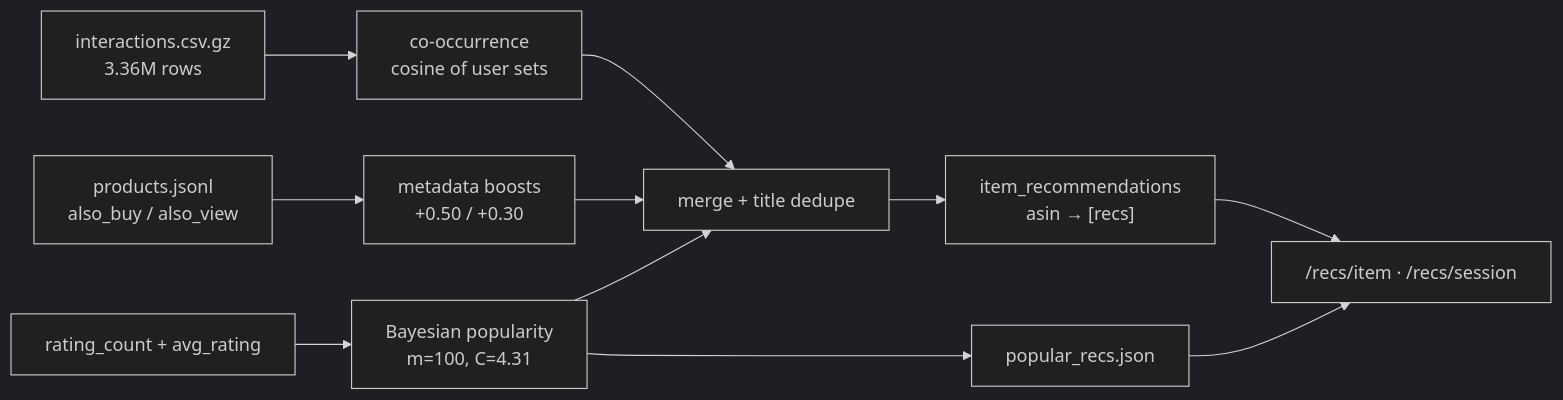
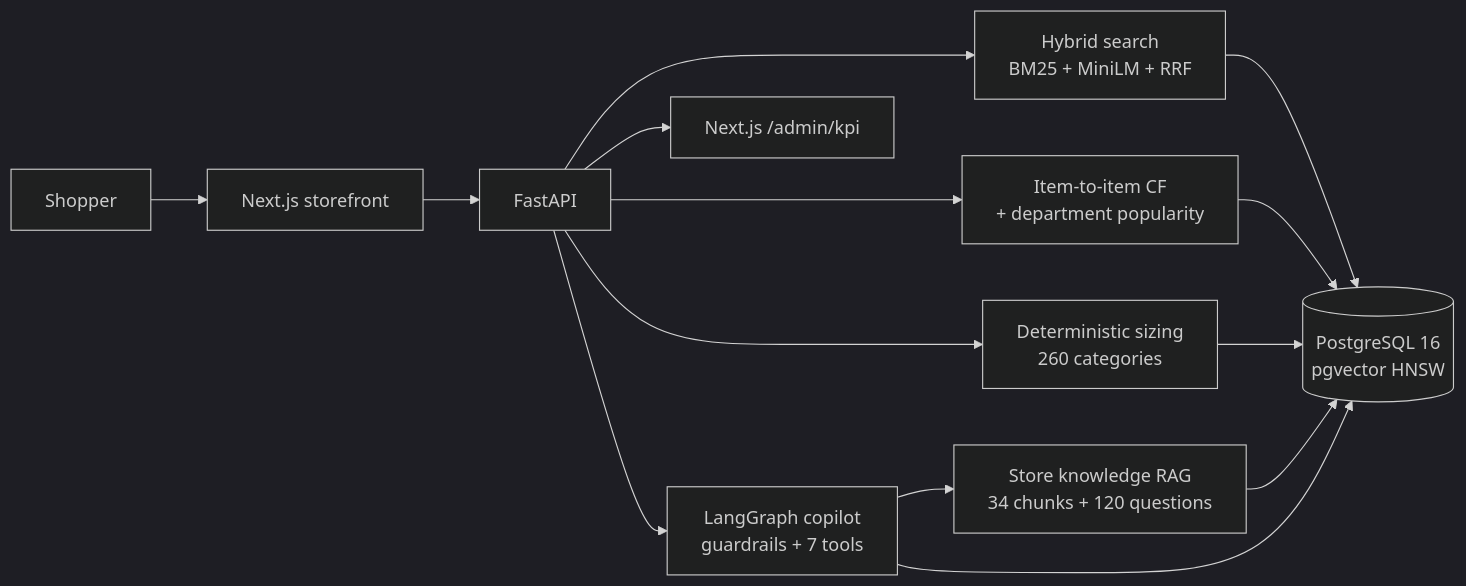
One commit to marknshoot/toko-marcell changed the diagram in README.md. Above: the diagram before and after it, drawn with Mermaid (dark theme). The commit also changed other lines of this file and 30 other files, not shown here.

````diff
--- a/README.md
+++ b/README.md
@@ -445,13 +117,16 @@
 ```mermaid
 flowchart LR
-    I["interactions.csv.gz<br/>3.36M rows"] --> CO["co-occurrence<br/>cosine of user sets"]
-    M["products.jsonl<br/>also_buy / also_view"] --> BOOST["metadata boosts<br/>+0.50 / +0.30"]
-    P["rating_count + avg_rating"] --> BAY["Bayesian popularity<br/>m=100, C=4.31"]
-    CO --> MERGE["merge + title dedupe"]
-    BOOST --> MERGE
-    BAY --> MERGE
-    MERGE --> ITEM["item_recommendations<br/>asin → [recs]"]
-    BAY --> POP["popular_recs.json"]
-    ITEM --> API2["/recs/item · /recs/session"]
-    POP --> API2
+    S[Shopper] --> FE[Next.js storefront]
+    FE --> API[FastAPI]
+    API --> IR[Hybrid search<br/>BM25 + MiniLM + RRF]
+    API --> REC[Item-to-item CF<br/>+ department popularity]
+    API --> SIZE[Deterministic sizing<br/>260 categories]
+    API --> AGENT[LangGraph copilot<br/>guardrails + 7 tools]
+    AGENT --> RAG[Store knowledge RAG<br/>34 chunks + 120 questions]
+    IR --> PG[(PostgreSQL 16<br/>pgvector HNSW)]
+    REC --> PG
+    SIZE --> PG
+    RAG --> PG
+    AGENT --> PG
+    API --> KPI[Next.js /admin/kpi]
 ```
````
